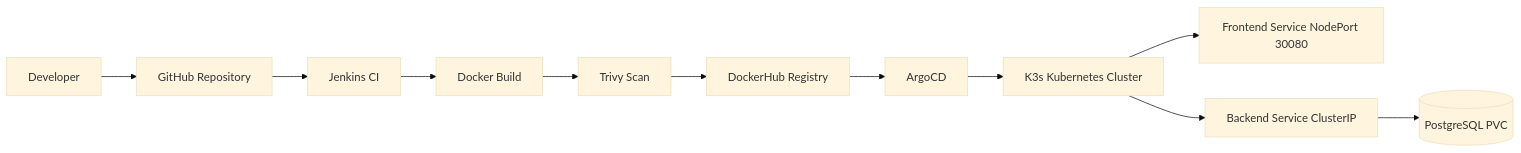
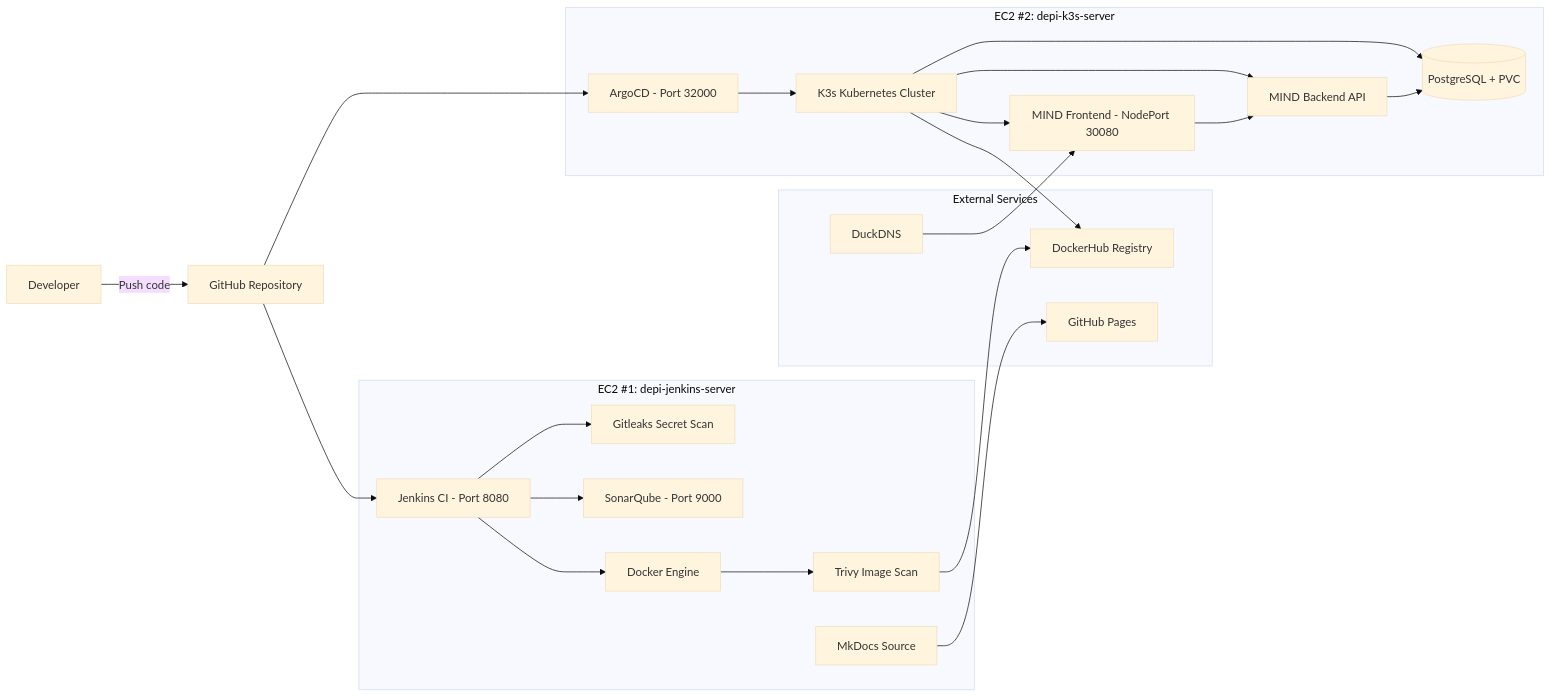
Before and after one commit to abdelrahman-saad/End-to-End-Cloud-Delivery-Platform: the first of 2 diagrams in docs/architecture.md, drawn with Mermaid (base theme). The commit also changed other lines of this file and 17 other files, not shown here.

````diff
--- a/docs/architecture.md
+++ b/docs/architecture.md
@@ -5,13 +14,44 @@
 ```mermaid
 flowchart LR
-    A[Developer] --> B[GitHub Repository]
-    B --> C[Jenkins CI]
-    C --> D[Docker Build]
-    D --> E[Trivy Scan]
-    E --> F[DockerHub Registry]
-    F --> G[ArgoCD]
-    G --> H[K3s Kubernetes Cluster]
-    H --> I[Frontend Service NodePort 30080]
-    H --> J[Backend Service ClusterIP]
-    J --> K[(PostgreSQL PVC)]
+    Dev[Developer] -->|Push code| GH[GitHub Repository]
+
+    subgraph EC2A["EC2 #1: depi-jenkins-server"]
+        JK[Jenkins CI - Port 8080]
+        GL[Gitleaks Secret Scan]
+        SQ[SonarQube - Port 9000]
+        DK[Docker Engine]
+        TV[Trivy Image Scan]
+        DOCS[MkDocs Source]
+    end
+
+    subgraph External["External Services"]
+        DH[DockerHub Registry]
+        GP[GitHub Pages]
+        DD[DuckDNS]
+    end
+
+    subgraph EC2B["EC2 #2: depi-k3s-server"]
+        K3S[K3s Kubernetes Cluster]
+        ARGO[ArgoCD - Port 32000]
+        FE[MIND Frontend - NodePort 30080]
+        BE[MIND Backend API]
+        DB[(PostgreSQL + PVC)]
+    end
+
+    GH --> JK
+    JK --> GL
+    JK --> SQ
+    JK --> DK
+    DK --> TV
+    TV --> DH
+    GH --> ARGO
+    ARGO --> K3S
+    K3S --> DH
+    K3S --> FE
+    K3S --> BE
+    K3S --> DB
+    FE --> BE
+    BE --> DB
+    DD --> FE
+    DOCS --> GP
 ```
````
